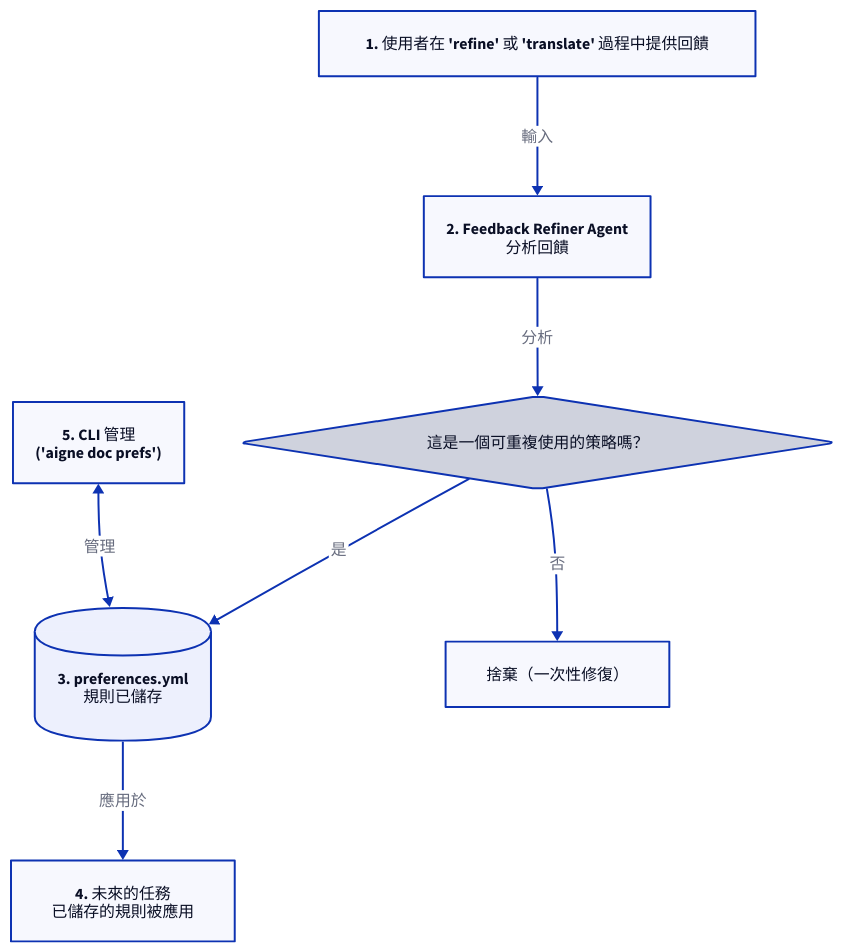
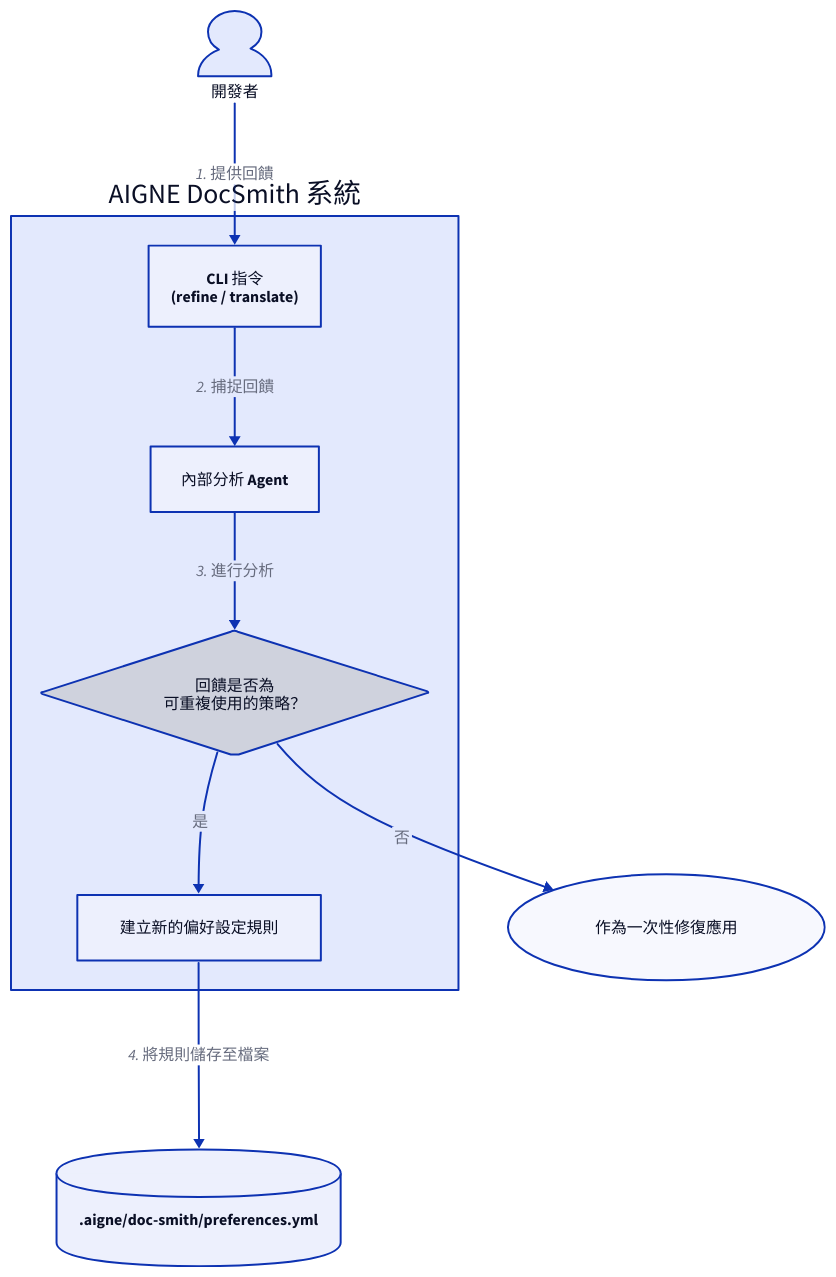
One commit to AIGNE-io/aigne-doc-smith changed the diagram in docs/configuration-preferences.zh-TW.md. Above: the diagram before and after it, drawn with D2. The commit also changed other lines of this file and 84 other files, not shown here.

````diff
--- a/docs/configuration-preferences.zh-TW.md
+++ b/docs/configuration-preferences.zh-TW.md
@@ -9,41 +9,50 @@
-```d2 The Preference Lifecycle
+```d2 偏好設定的生命週期
 direction: down
 
-feedback: {
-  label: "1. 使用者在 'refine' 或 'translate' 過程中提供回饋"
-  shape: rectangle
+developer: {
+  label: "開發者"
+  shape: person
 }
 
-refiner: {
-  label: "2. Feedback Refiner Agent\n分析回饋"
+docsmith_system: {
+  label: "AIGNE DocSmith 系統"
   shape: rectangle
+
+  cli: {
+    label: "CLI 指令\n(refine / translate)"
+    shape: rectangle
+  }
+
+  agent: {
+    label: "內部分析 Agent"
+    shape: rectangle
+  }
+
+  decision: {
+    label: "回饋是否為\n可重複使用的策略？"
+    shape: diamond
+  }
+
+  create_rule: {
+    label: "建立新的偏好設定規則"
+    shape: rectangle
+  }
 }
 
-decision: {
-  label: "這是一個可重複使用的策略嗎？"
-  shape: diamond
-}
-
-pref_file: {
-  label: "3. preferences.yml\n規則已儲存"
+preferences_file: {
+  label: ".aigne/doc-smith/preferences.yml"
   shape: cylinder
 }
 
-future_tasks: {
-  label: "4. 未來的任務\n已儲存的規則被應用"
-  shape: rectangle
+one_time_fix: {
+  label: "作為一次性修復應用"
+  shape: oval
 }
 
-cli: {
-  label: "5. CLI 管理\n('aigne doc prefs')"
-  shape: rectangle
-}
-
-feedback -> refiner: "輸入"
-refiner -> decision: "分析"
-decision -> pref_file: "是"
-decision -> "捨棄（一次性修復）": "否"
-pref_file -> future_tasks: "應用於"
-cli <-> pref_file: "管理"
-
+developer -> docsmith_system.cli: "1. 提供回饋"
+docsmith_system.cli -> docsmith_system.agent: "2. 捕捉回饋"
+docsmith_system.agent -> docsmith_system.decision: "3. 進行分析"
+docsmith_system.decision -> docsmith_system.create_rule: "是"
+docsmith_system.create_rule -> preferences_file: "4. 將規則儲存至檔案"
+docsmith_system.decision -> one_time_fix: "否"
 ```
````
